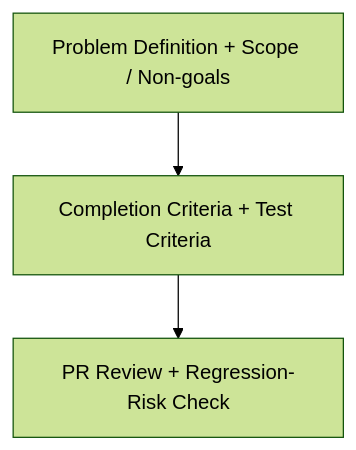
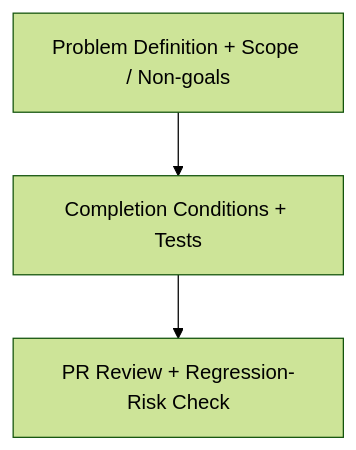
Before and after one commit to zmrdltl/portfolio: the fourth of 4 diagrams in docs/experience/cluml.en.md, drawn with Mermaid (forest theme). The commit also changed other lines of this file and 11 other files, not shown here.

````diff
--- a/docs/experience/cluml.en.md
+++ b/docs/experience/cluml.en.md
@@ -133,9 +124,9 @@
 ```mermaid
 flowchart TD
   issue["Problem Definition + Scope / Non-goals"]
-  criteria["Completion Criteria + Test Criteria"]
+  criteria["Completion Conditions + Tests"]
   review["PR Review + Regression-Risk Check"]
 
   issue --> criteria
   criteria --> review
 ```
````
